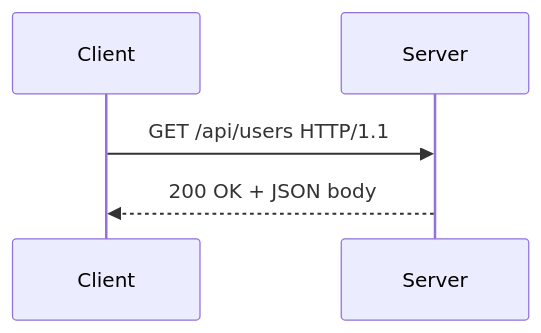
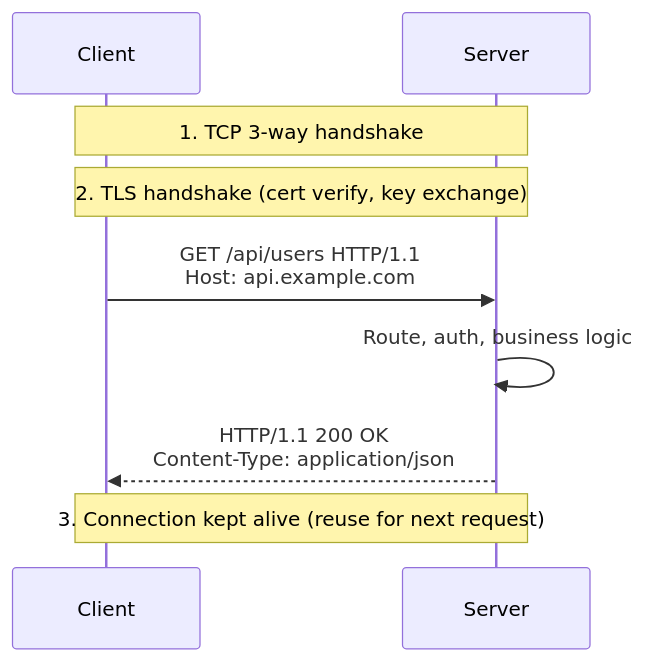
Before and after one commit to hareramcse/SystemDesign: diagram 11 of 24 in 01-networking/README.md, drawn with Mermaid. The commit also changed other lines of this file and 14 other files, not shown here.

````diff
--- a/01-networking/README.md
+++ b/01-networking/README.md
@@ -589,7 +920,12 @@
 ```mermaid
 sequenceDiagram
     participant Client
     participant Server
-    Client->>Server: GET /api/users HTTP/1.1
-    Server-->>Client: 200 OK + JSON body
+
+    Note over Client,Server: 1. TCP 3-way handshake
+    Note over Client,Server: 2. TLS handshake (cert verify, key exchange)
+    Client->>Server: GET /api/users HTTP/1.1<br/>Host: api.example.com
+    Server->>Server: Route, auth, business logic
+    Server-->>Client: HTTP/1.1 200 OK<br/>Content-Type: application/json
+    Note over Client,Server: 3. Connection kept alive (reuse for next request)
 ```
````
